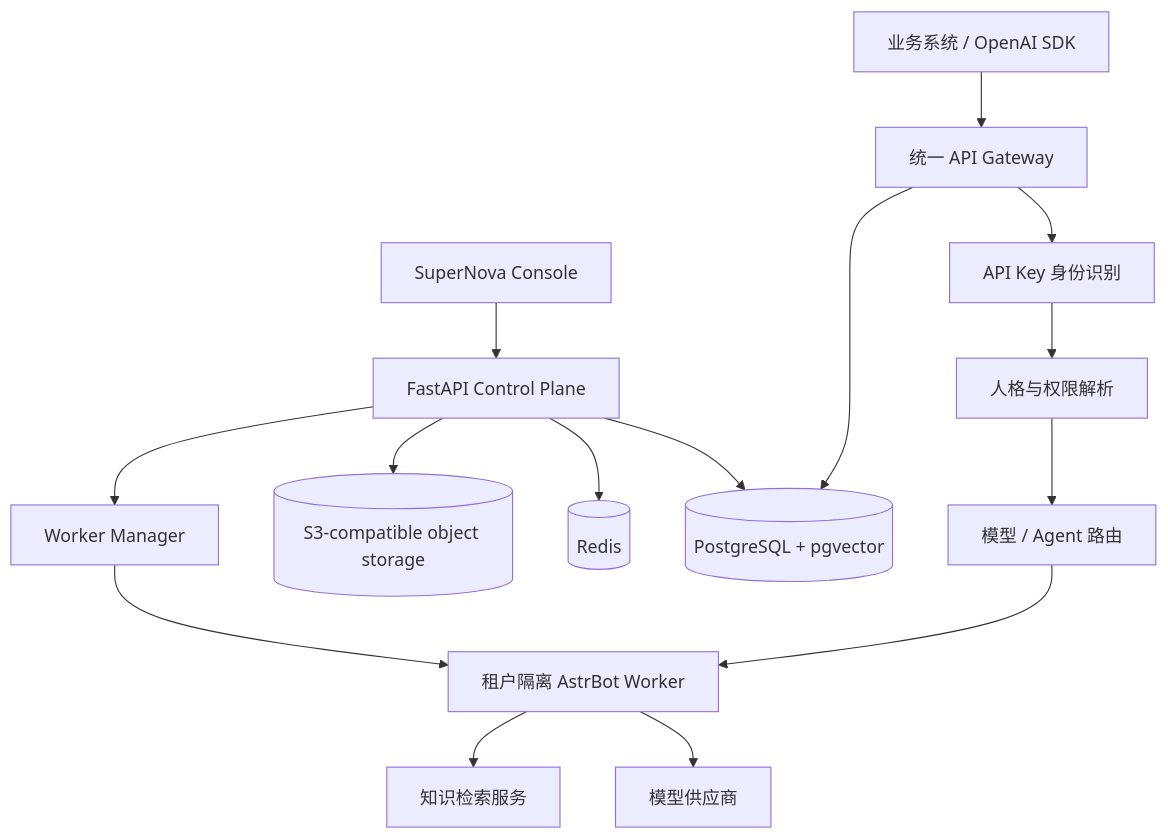
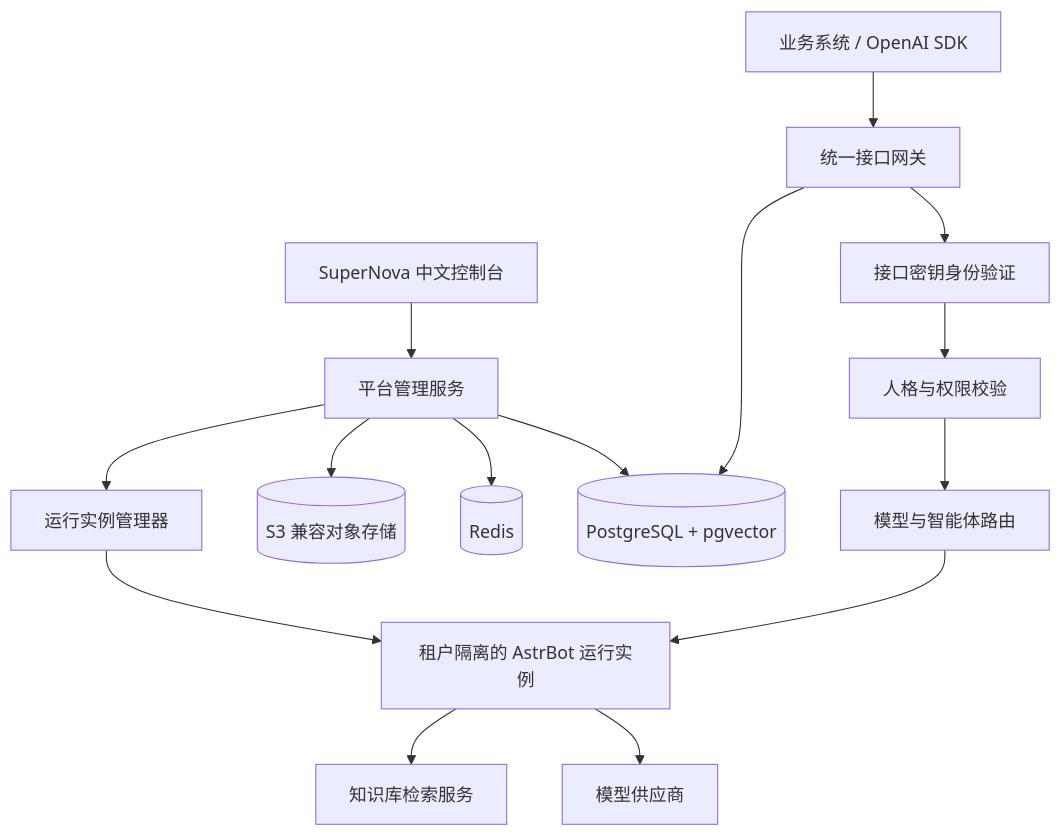
Before and after one commit to macbook2018/SuperNova: the diagram in docs/architecture/overview.md, drawn with Mermaid. The commit also changed other lines of this file and 12 other files, not shown here.

```diff
--- a/docs/architecture/overview.md
+++ b/docs/architecture/overview.md
@@ -9,17 +9,17 @@
 ~~~mermaid
 flowchart TB
-    Client[业务系统 / OpenAI SDK] --> Gateway[统一 API Gateway]
-    Console[SuperNova Console] --> Control[FastAPI Control Plane]
-    Gateway --> Auth[API Key 身份识别]
-    Auth --> Persona[人格与权限解析]
-    Persona --> Router[模型 / Agent 路由]
-    Router --> Worker[租户隔离 AstrBot Worker]
+    Client[业务系统 / OpenAI SDK] --> Gateway[统一接口网关]
+    Console[SuperNova 中文控制台] --> Control[平台管理服务]
+    Gateway --> Auth[接口密钥身份验证]
+    Auth --> Persona[人格与权限校验]
+    Persona --> Router[模型与智能体路由]
+    Router --> Worker[租户隔离的 AstrBot 运行实例]
     Worker --> Provider[模型供应商]
-    Worker --> KB[知识检索服务]
+    Worker --> KB[知识库检索服务]
     Control --> DB[(PostgreSQL + pgvector)]
     Gateway --> DB
     Control --> Redis[(Redis)]
-    Control --> Storage[(S3-compatible object storage)]
-    Control --> Manager[Worker Manager]
+    Control --> Storage[(S3 兼容对象存储)]
+    Control --> Manager[运行实例管理器]
     Manager --> Worker
 ~~~
```
